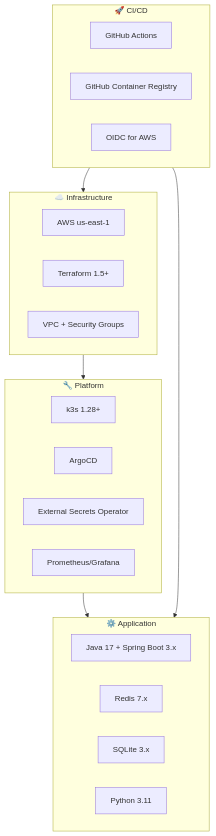
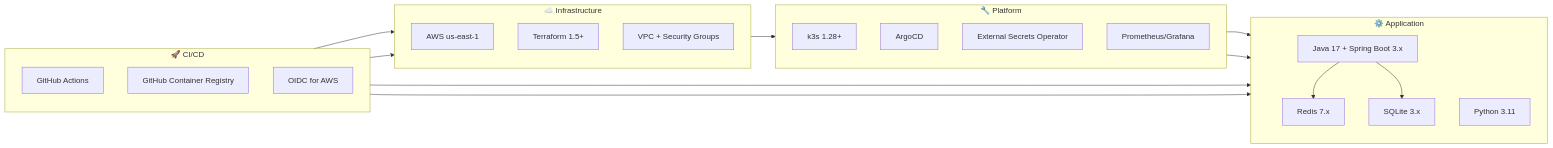
The second of 28 diagrams in docs/architecture/technical-architecture-document.md (ClementV78/CloudRadar), drawn with Mermaid before and after one commit. The commit also changed other lines of this file and 1 other file, not shown here.

First line of the commit message:
docs(architecture): align technical architecture docs

````diff
--- a/docs/architecture/technical-architecture-document.md
+++ b/docs/architecture/technical-architecture-document.md
@@ -31,33 +29,42 @@
 ```mermaid
-graph TB
-    subgraph Infrastructure["☁️ Infrastructure"]
+graph LR
+    subgraph CI["🚀 CI/CD"]
+        direction TB
+        GHA[GitHub Actions]
+        GHCR[GitHub Container Registry]
+        OIDC[OIDC for AWS]
+    end
+
+    subgraph INFRA["☁️ Infrastructure"]
+        direction TB
         AWS[AWS us-east-1]
         TF[Terraform 1.5+]
         VPC[VPC + Security Groups]
     end
 
-    subgraph Platform["🔧 Platform"]
+    subgraph PLATFORM["🔧 Platform"]
+        direction TB
         K3S[k3s 1.28+]
         ARGO[ArgoCD]
         ESO[External Secrets Operator]
         PROM[Prometheus/Grafana]
     end
 
-    subgraph Application["⚙️ Application"]
+    subgraph APP["⚙️ Application"]
+        direction TB
         JAVA[Java 17 + Spring Boot 3.x]
         REDIS[Redis 7.x]
         SQLITE[SQLite 3.x]
         PYTHON[Python 3.11]
     end
 
-    subgraph CI["🚀 CI/CD"]
-        GHA[GitHub Actions]
-        GHCR[GitHub Container Registry]
-        OIDC[OIDC for AWS]
-    end
-
-    Infrastructure --> Platform
-    Platform --> Application
-    CI --> Infrastructure
-    CI --> Application
+    GHA --> TF
+    OIDC --> AWS
+    TF --> K3S
+    ARGO --> JAVA
+    ARGO --> PYTHON
+    JAVA --> REDIS
+    JAVA --> SQLITE
+    GHCR --> JAVA
+    GHCR --> PYTHON
 ```
````
